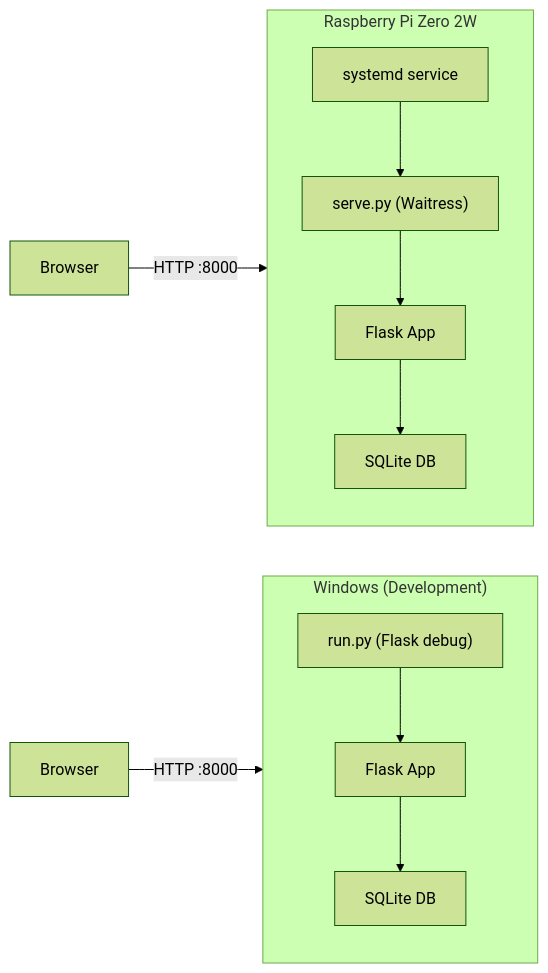
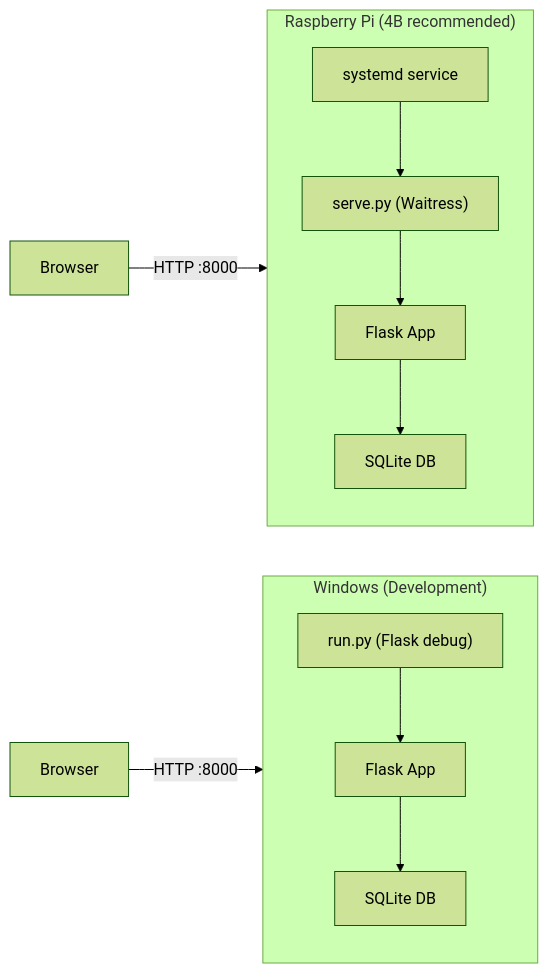
One commit to grga023/GaragePro changed the diagram in .vio/wiki/bundle/architecture/deployment.md. Above: the diagram before and after it, drawn with Mermaid (forest theme). The commit also changed other lines of this file and 50 other files, not shown here.

````diff
--- a/.vio/wiki/bundle/architecture/deployment.md
+++ b/.vio/wiki/bundle/architecture/deployment.md
@@ -21,20 +21,20 @@
 ```mermaid
 flowchart LR
-    subgraph Pi["Raspberry Pi Zero 2W"]
+    subgraph Pi["Raspberry Pi (4B recommended)"]
         systemd["systemd service"]
         Waitress["serve.py (Waitress)"]
         App["Flask App"]
         SQLite["SQLite DB"]
         systemd --> Waitress --> App --> SQLite
     end
 
     subgraph Win["Windows (Development)"]
         run["run.py (Flask debug)"]
         AppW["Flask App"]
         SQLiteW["SQLite DB"]
         run --> AppW --> SQLiteW
     end
 
     Browser["Browser"] -->|HTTP :8000| Pi
     BrowserW["Browser"] -->|HTTP :8000| Win
 ```
````
